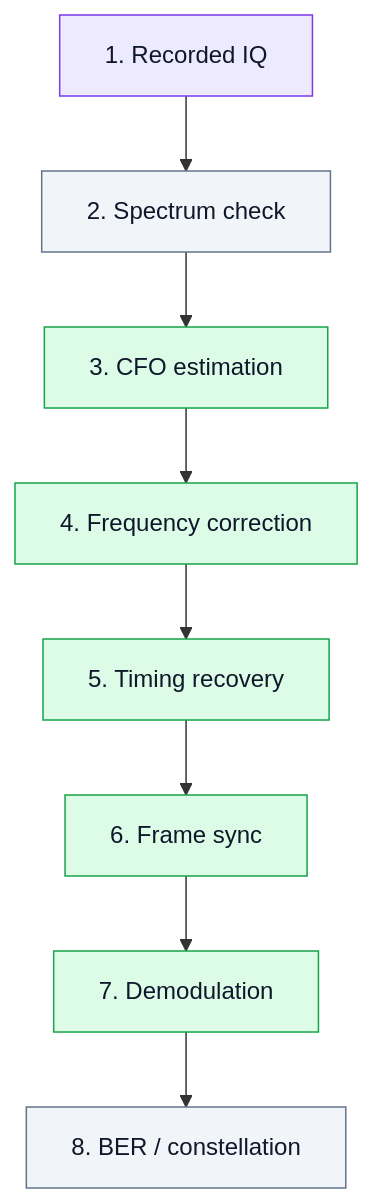
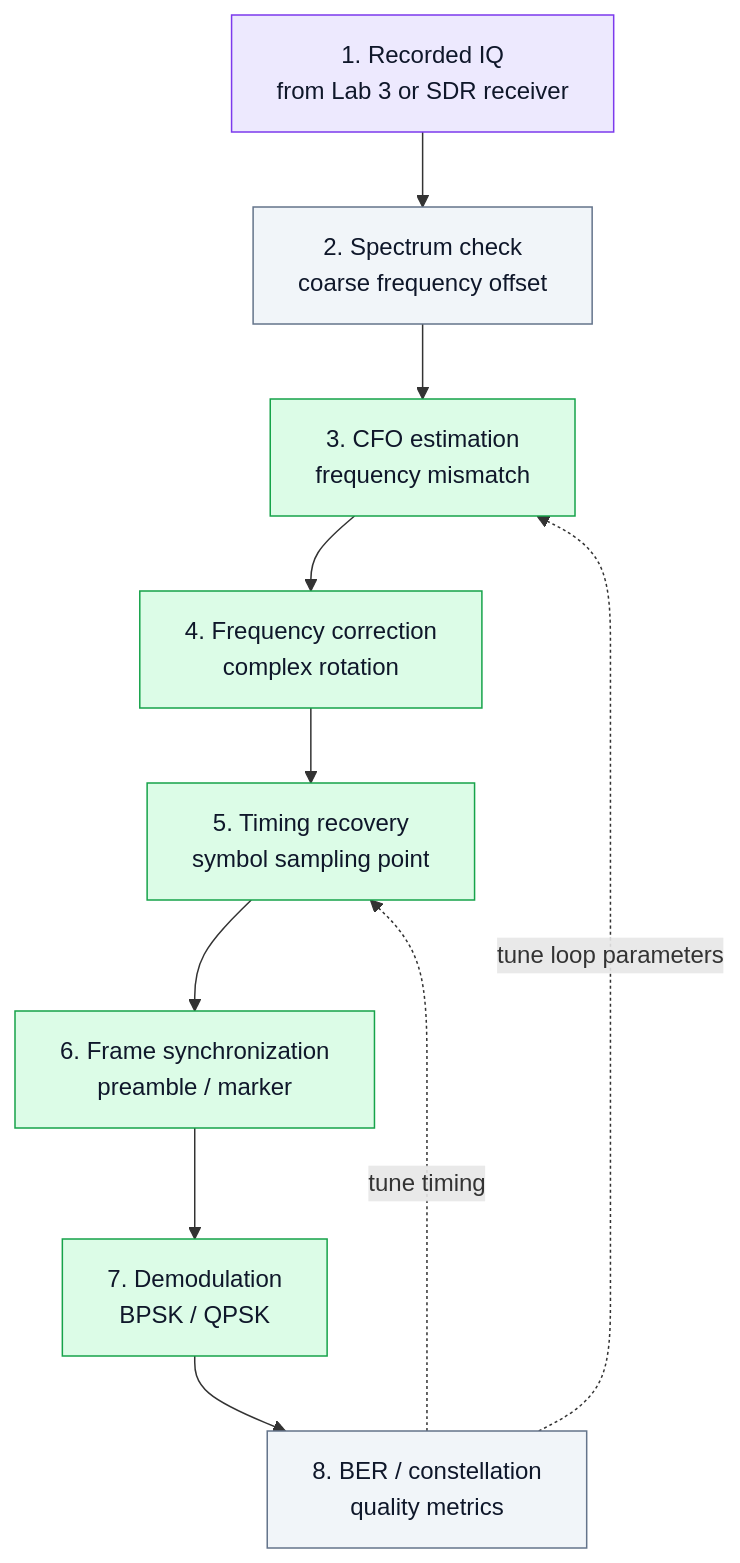
Before and after one commit to Lay007/zynq-sdr-course: the diagram in blocks/block_01_intro_sdr/14_lab4_synchronization_en.md, drawn with Mermaid. The commit also changed other lines of this file and 35 other files, not shown here.

````diff
--- a/blocks/block_01_intro_sdr/14_lab4_synchronization_en.md
+++ b/blocks/block_01_intro_sdr/14_lab4_synchronization_en.md
@@ -22,17 +24,19 @@
 ```mermaid
 flowchart TB
     classDef rx fill:#EDE9FE,color:#0F172A,stroke:#7C3AED,stroke-width:1px;
     classDef dsp fill:#DCFCE7,color:#0F172A,stroke:#16A34A,stroke-width:1px;
     classDef metric fill:#F1F5F9,color:#0F172A,stroke:#64748B,stroke-width:1px;
 
-    IQ["1. Recorded IQ"]:::rx
-    SPEC["2. Spectrum check"]:::metric
-    CFO["3. CFO estimation"]:::dsp
-    CORR["4. Frequency correction"]:::dsp
-    TIMING["5. Timing recovery"]:::dsp
-    FRAME["6. Frame sync"]:::dsp
-    DEMOD["7. Demodulation"]:::dsp
-    BER["8. BER / constellation"]:::metric
+    IQ["1. Recorded IQ<br/>from Lab 3 or SDR receiver"]:::rx
+    SPEC["2. Spectrum check<br/>coarse frequency offset"]:::metric
+    CFO["3. CFO estimation<br/>frequency mismatch"]:::dsp
+    CORR["4. Frequency correction<br/>complex rotation"]:::dsp
+    TIMING["5. Timing recovery<br/>symbol sampling point"]:::dsp
+    FRAME["6. Frame synchronization<br/>preamble / marker"]:::dsp
+    DEMOD["7. Demodulation<br/>BPSK / QPSK"]:::dsp
+    BER["8. BER / constellation<br/>quality metrics"]:::metric
 
     IQ --> SPEC --> CFO --> CORR --> TIMING --> FRAME --> DEMOD --> BER
+    BER -. tune loop parameters .-> CFO
+    BER -. tune timing .-> TIMING
 ```
````
